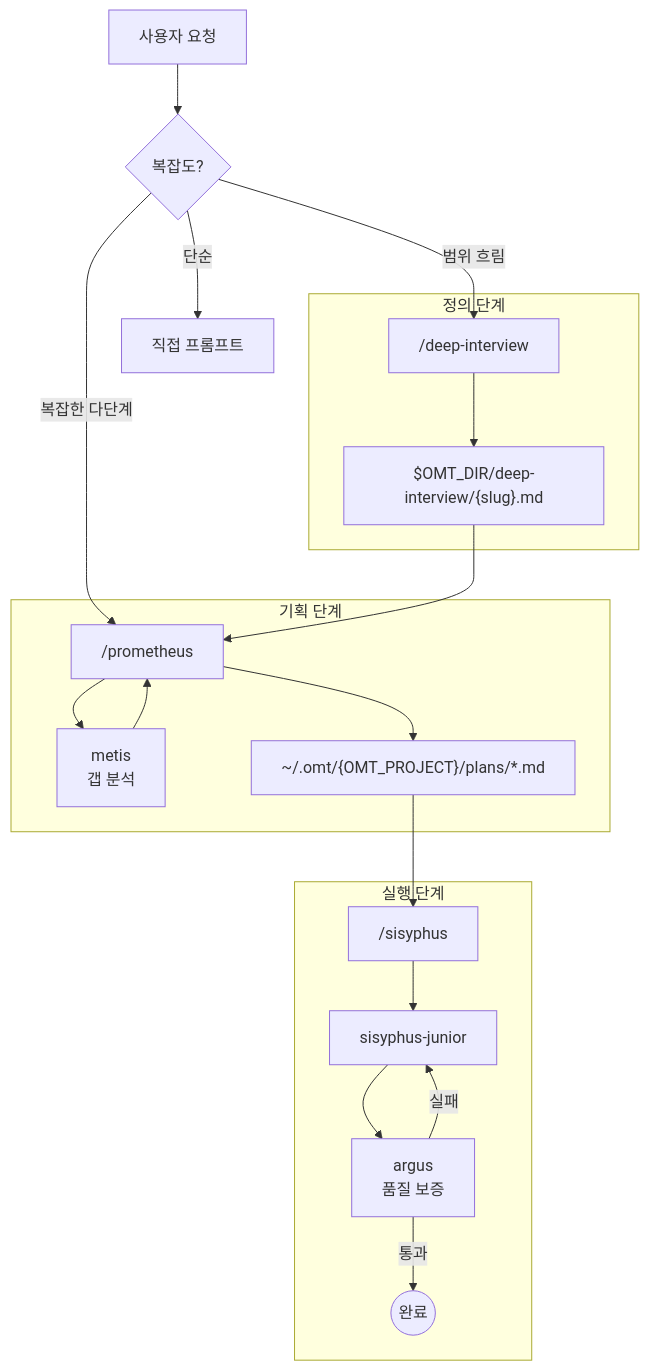
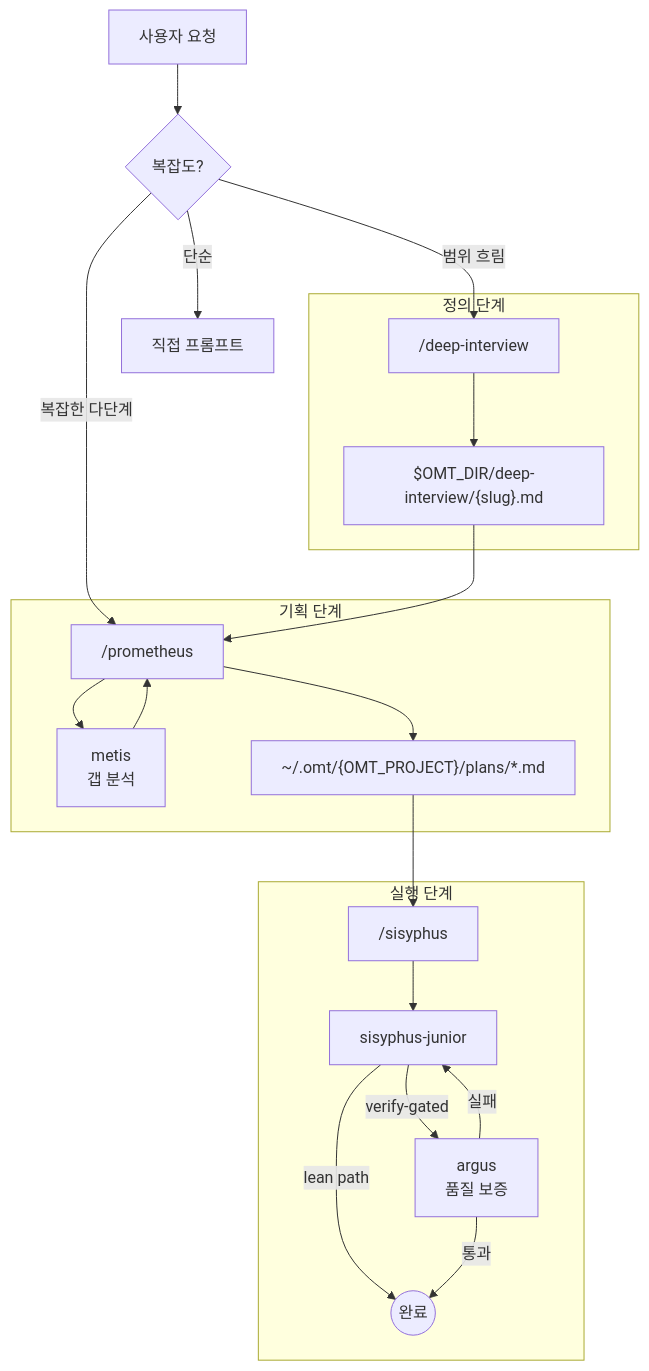
One commit to toongri/oh-my-toong-playground changed the diagram in docs/ORCHESTRATION.md. Above: the diagram before and after it, drawn with Mermaid. The commit also changed other lines of this file and 4 other files, not shown here.

````diff
--- a/docs/ORCHESTRATION.md
+++ b/docs/ORCHESTRATION.md
@@ -50,27 +50,28 @@
 ```mermaid
 flowchart TD
     User[사용자 요청] --> Decision{복잡도?}
 
     Decision -->|단순| Direct[직접 프롬프트]
     Decision -->|범위 흐림| DeepInterview["/deep-interview"]
     Decision -->|복잡한 다단계| Prometheus
 
     subgraph 정의 단계
         DeepInterview --> SpecFile["$OMT_DIR/deep-interview/{slug}.md"]
     end
 
     subgraph 기획 단계
         SpecFile --> Prometheus["/prometheus"]
         Prometheus --> Metis[metis<br/>갭 분석]
         Metis --> Prometheus
         Prometheus --> PlanFile["~/.omt/{OMT_PROJECT}/plans/*.md"]
     end
 
     subgraph 실행 단계
         PlanFile --> Sisyphus["/sisyphus"]
         Sisyphus --> Junior[sisyphus-junior]
-        Junior --> QA[argus<br/>품질 보증]
-        QA -->|통과| Done((완료))
+        Junior -->|verify-gated| QA[argus<br/>품질 보증]
+        Junior -->|lean path| Done((완료))
+        QA -->|통과| Done
         QA -->|실패| Junior
     end
 ```
````
